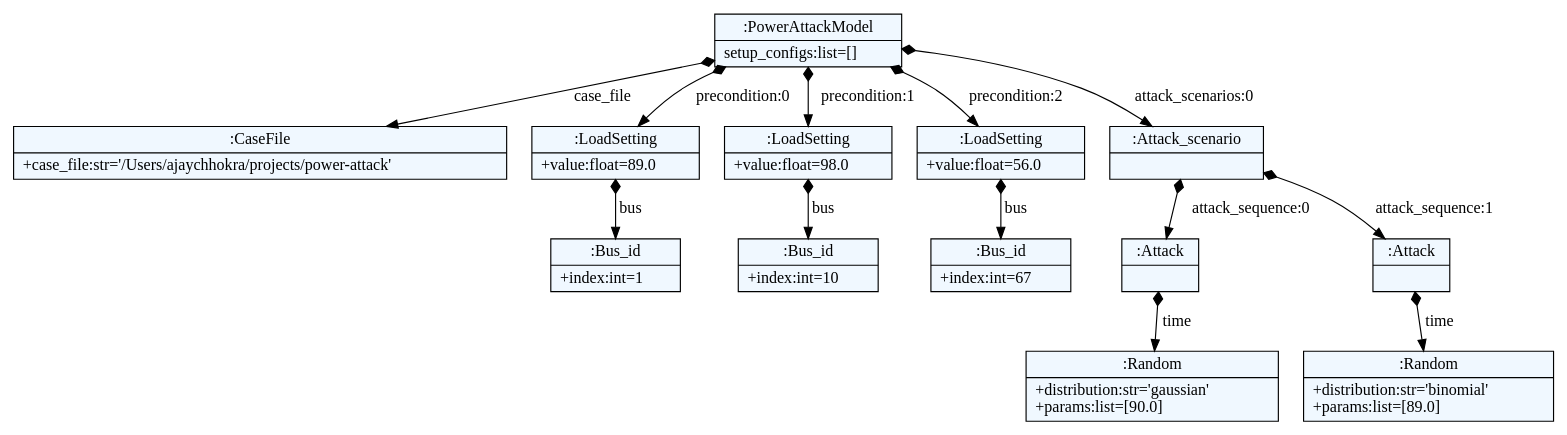
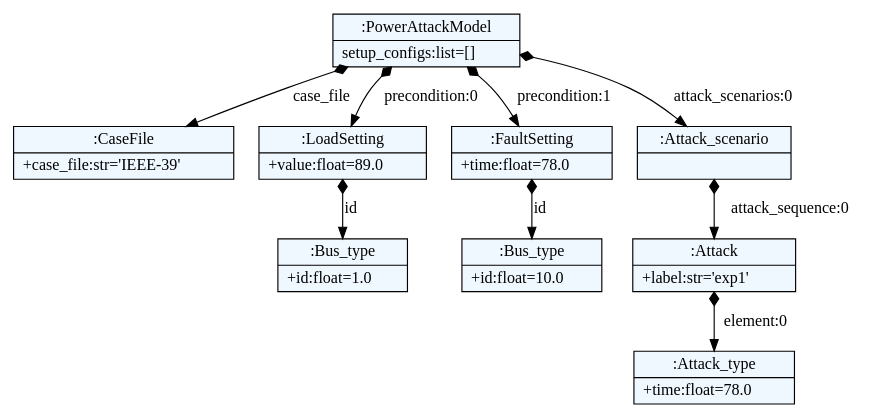
One commit to chhokrad/power-attack changed the diagram in dsl/sample.dot. Above: the diagram before and after it, drawn with Graphviz. The commit also changed 8 other files, not shown here.

```diff
--- a/dsl/sample.dot
+++ b/dsl/sample.dot
@@ -1,40 +1,32 @@
 
     digraph textX {
     fontname = "Bitstream Vera Sans"
     fontsize = 8
     node[
         shape=record,
         style=filled,
         fillcolor=aliceblue
     ]
     nodesep = 0.3
     edge[dir=black,arrowtail=empty]
 
 
-4422632656 -> 4422632784 [label="case_file" arrowtail=diamond dir=both]
-4422632784[label="{:CaseFile|+case_file:str='/Users/ajaychhokra/projects/power-attack'\l}"]
-4422632656 -> 4422633040 [label="precondition:0" arrowtail=diamond dir=both]
-4422633040 -> 4422633104 [label="bus" arrowtail=diamond dir=both]
-4422633104[label="{:Bus_id|+index:int=1\l}"]
-4422633040[label="{:LoadSetting|+value:float=89.0\l}"]
-4422632656 -> 4422632976 [label="precondition:1" arrowtail=diamond dir=both]
-4422632976 -> 4422633168 [label="bus" arrowtail=diamond dir=both]
-4422633168[label="{:Bus_id|+index:int=10\l}"]
-4422632976[label="{:LoadSetting|+value:float=98.0\l}"]
-4422632656 -> 4422633232 [label="precondition:2" arrowtail=diamond dir=both]
-4422633232 -> 4422633360 [label="bus" arrowtail=diamond dir=both]
-4422633360[label="{:Bus_id|+index:int=67\l}"]
-4422633232[label="{:LoadSetting|+value:float=56.0\l}"]
-4422632656 -> 4422633296 [label="attack_scenarios:0" arrowtail=diamond dir=both]
-4422633296 -> 4422633872 [label="attack_sequence:0" arrowtail=diamond dir=both]
-4422633872 -> 4422441552 [label="time" arrowtail=diamond dir=both]
-4422441552[label="{:Random|+distribution:str='gaussian'\l+params:list=[90.0]\l}"]
-4422633872[label="{:Attack|}"]
-4422633296 -> 4422441296 [label="attack_sequence:1" arrowtail=diamond dir=both]
-4422441296 -> 4422054608 [label="time" arrowtail=diamond dir=both]
-4422054608[label="{:Random|+distribution:str='binomial'\l+params:list=[89.0]\l}"]
-4422441296[label="{:Attack|}"]
-4422633296[label="{:Attack_scenario|}"]
-4422632656[label="{:PowerAttackModel|setup_configs:list=[]\l}"]
+4388598608 -> 4388600464 [label="case_file" arrowtail=diamond dir=both]
+4388600464[label="{:CaseFile|+case_file:str='IEEE-39'\l}"]
+4388598608 -> 4388601552 [label="precondition:0" arrowtail=diamond dir=both]
+4388601552 -> 4388600272 [label="id" arrowtail=diamond dir=both]
+4388600272[label="{:Bus_type|+id:float=1.0\l}"]
+4388601552[label="{:LoadSetting|+value:float=89.0\l}"]
+4388598608 -> 4388599056 [label="precondition:1" arrowtail=diamond dir=both]
+4388599056 -> 4388600016 [label="id" arrowtail=diamond dir=both]
+4388600016[label="{:Bus_type|+id:float=10.0\l}"]
+4388599056[label="{:FaultSetting|+time:float=78.0\l}"]
+4388598608 -> 4388600080 [label="attack_scenarios:0" arrowtail=diamond dir=both]
+4388600080 -> 4388598800 [label="attack_sequence:0" arrowtail=diamond dir=both]
+4388598800 -> 4388474384 [label="element:0" arrowtail=diamond dir=both]
+4388474384[label="{:Attack_type|+time:float=78.0\l}"]
+4388598800[label="{:Attack|+label:str='exp1'\l}"]
+4388600080[label="{:Attack_scenario|}"]
+4388598608[label="{:PowerAttackModel|setup_configs:list=[]\l}"]
 
 }
```
